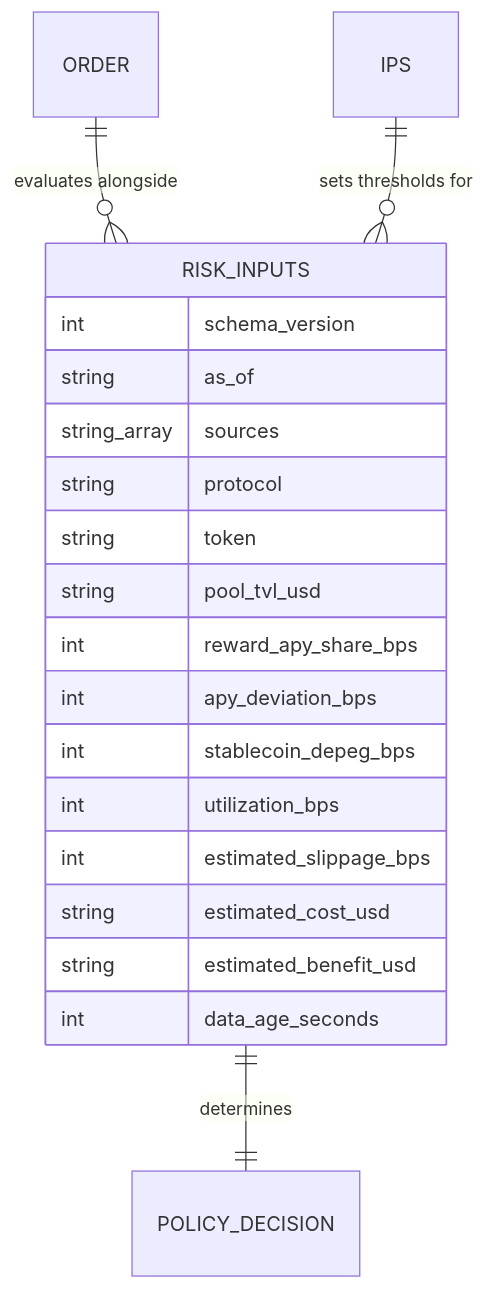
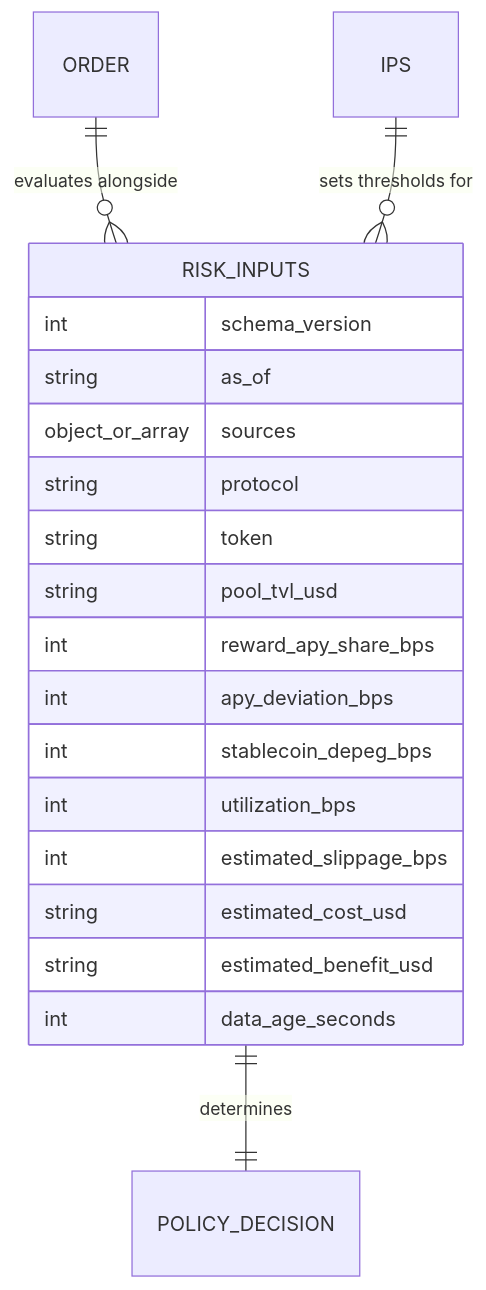
Before and after one commit to thaicuong576/agent-wallet: the second of 2 diagrams in docs/architecture/risk-inputs.md, drawn with Mermaid. The commit also changed other lines of this file and 13 other files, not shown here.

````diff
--- a/docs/architecture/risk-inputs.md
+++ b/docs/architecture/risk-inputs.md
@@ -43,23 +57,23 @@
 ```mermaid
 erDiagram
     ORDER ||--o{ RISK_INPUTS : "evaluates alongside"
     IPS ||--o{ RISK_INPUTS : "sets thresholds for"
     RISK_INPUTS ||--|| POLICY_DECISION : "determines"
 
     RISK_INPUTS {
         int schema_version
         string as_of
-        string_array sources
+        object_or_array sources
         string protocol
         string token
         string pool_tvl_usd
         int reward_apy_share_bps
         int apy_deviation_bps
         int stablecoin_depeg_bps
         int utilization_bps
         int estimated_slippage_bps
         string estimated_cost_usd
         string estimated_benefit_usd
         int data_age_seconds
     }
 ```
````
